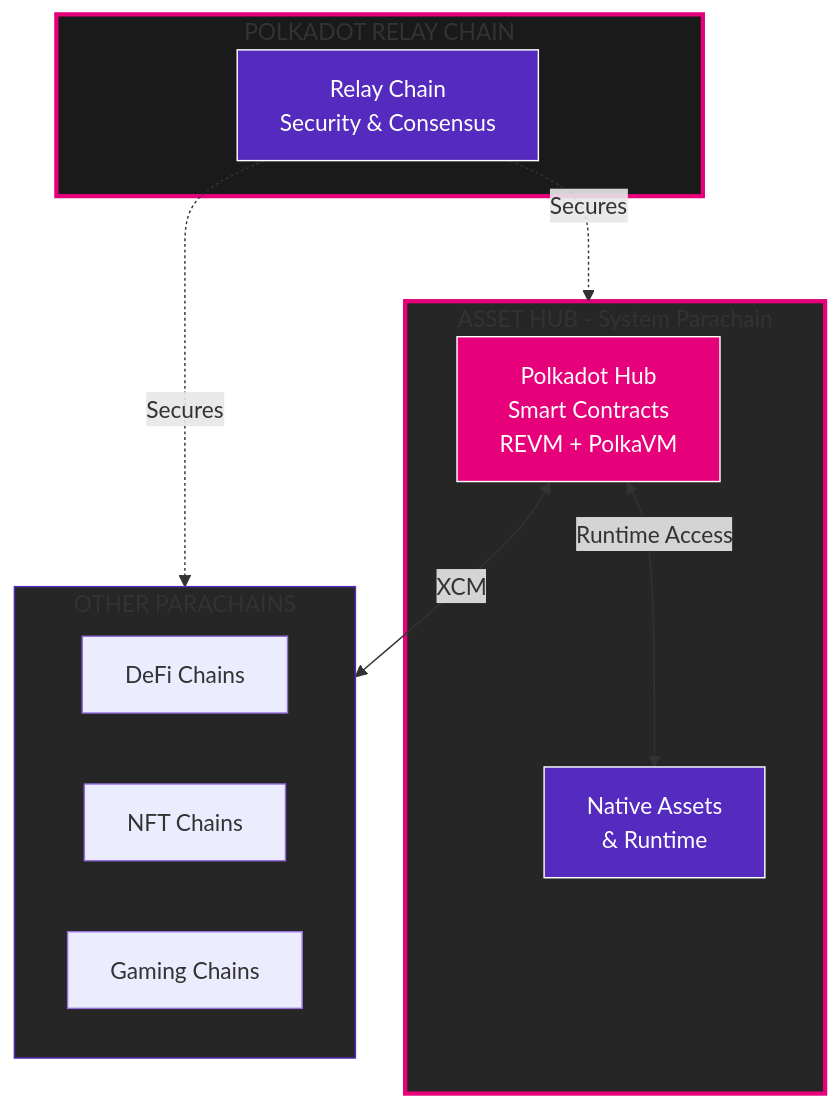
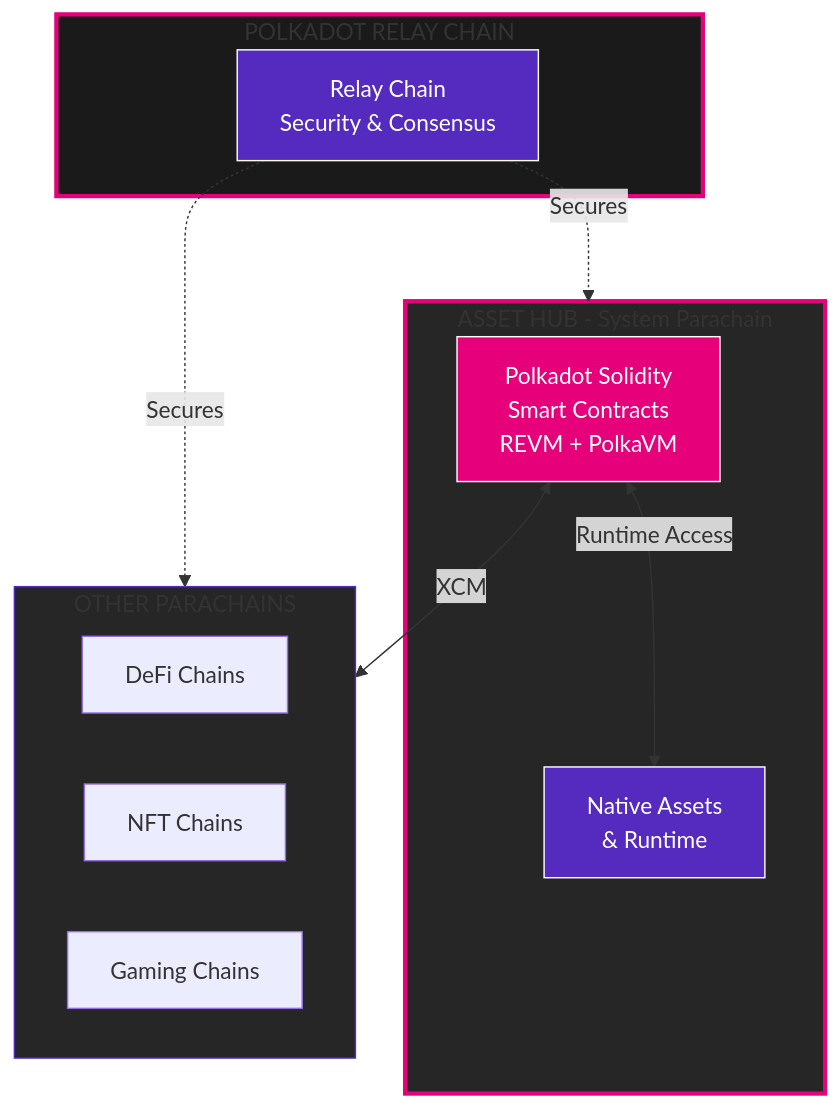
One commit to openguild-labs/polkadot-codecamp changed the first of 7 diagrams in slides/build-on-polkadot-narratives.md. Above: the diagram before and after it, drawn with Mermaid. The commit also changed other lines of this file and 29 other files, not shown here.

````diff
--- a/slides/build-on-polkadot-narratives.md
+++ b/slides/build-on-polkadot-narratives.md
@@ -62,29 +62,29 @@
 ```mermaid
 graph TB
     subgraph RC[POLKADOT RELAY CHAIN]
         RELAY[Relay Chain<br/>Security & Consensus]
     end
 
     subgraph AH[ASSET HUB - System Parachain]
-        HUB[Polkadot Hub<br/>Smart Contracts<br/>REVM + PolkaVM]
+        HUB[Polkadot Solidity<br/>Smart Contracts<br/>REVM + PolkaVM]
         ASSETS[Native Assets<br/>& Runtime]
     end
 
     subgraph PARA[OTHER PARACHAINS]
         P1[DeFi Chains]
         P2[NFT Chains]
         P3[Gaming Chains]
     end
 
     RELAY -.->|Secures| AH
     RELAY -.->|Secures| PARA
     HUB <-->|XCM| PARA
     HUB <-->|Runtime Access| ASSETS
 
     style RC fill:#1a1a1a,stroke:#E6007A,stroke-width:3px
     style AH fill:#262626,stroke:#E6007A,stroke-width:3px
     style HUB fill:#E6007A,stroke:#fff,color:#fff
     style RELAY fill:#552BBF,stroke:#fff,color:#fff
     style ASSETS fill:#552BBF,stroke:#fff,color:#fff
     style PARA fill:#262626,stroke:#552BBF
 ```
````
